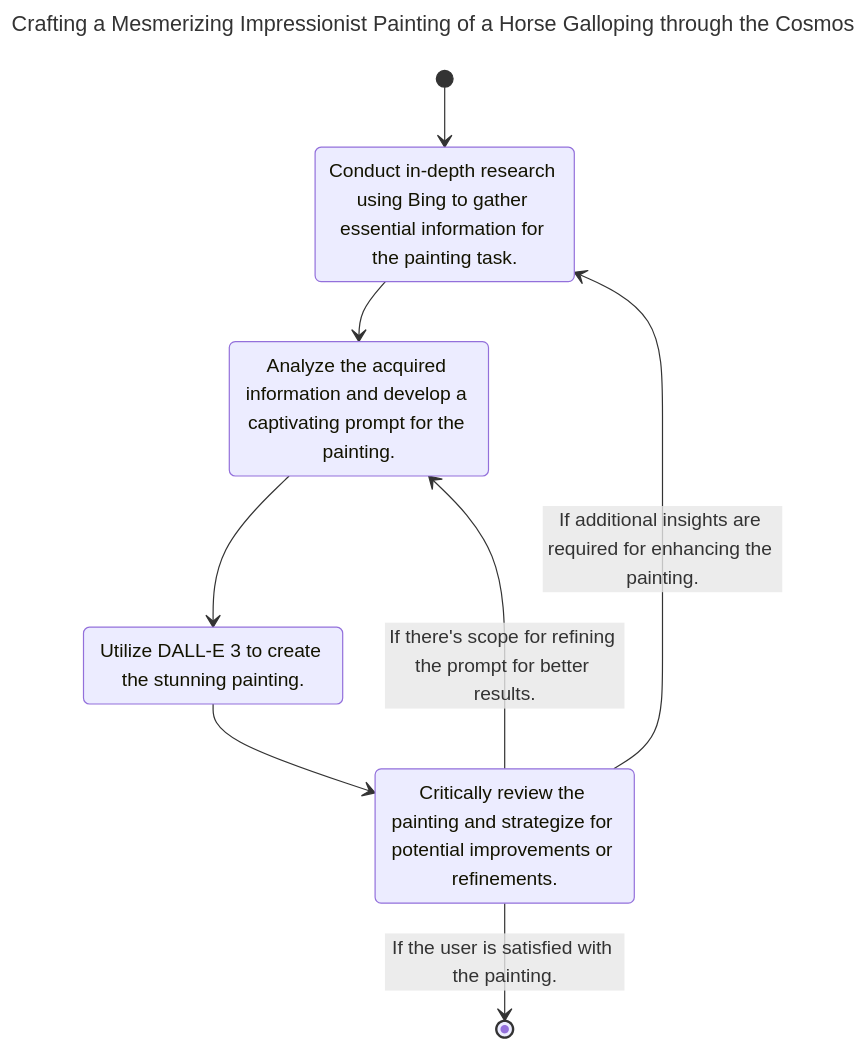
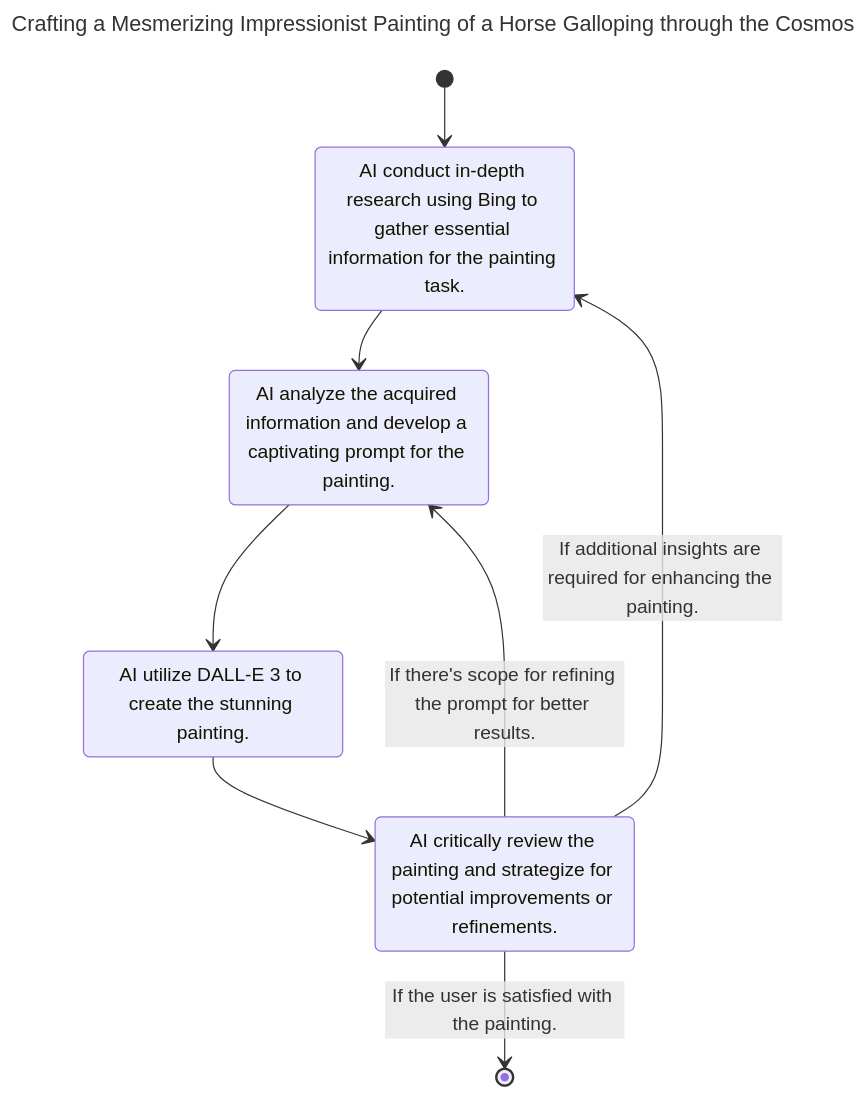
The second of 2 diagrams in README.md (fladdict/llmermaid), drawn with Mermaid before and after one commit.

````diff
--- a/README.md
+++ b/README.md
@@ -85,18 +85,18 @@
 ```mermaid
 ---
 title: Crafting a Mesmerizing Impressionist Painting of a Horse Galloping through the Cosmos
 ---
 stateDiagram-v2
 [*] --> A
 A --> B
 B --> C
 C --> D
 D --> A: If additional insights are required for enhancing the painting.
 D --> B: If there's scope for refining the prompt for better results.
 D --> [*]: If the user is satisfied with the painting.
 
-A: Conduct in-depth research using Bing to gather essential information for the painting task.
-B: Analyze the acquired information and develop a captivating prompt for the painting.
-C: Utilize DALL-E 3 to create the stunning painting.
-D: Critically review the painting and strategize for potential improvements or refinements.
+A: AI conduct in-depth research using Bing to gather essential information for the painting task.
+B: AI analyze the acquired information and develop a captivating prompt for the painting.
+C: AI utilize DALL-E 3 to create the stunning painting.
+D: AI critically review the painting and strategize for potential improvements or refinements.
 ```
````
